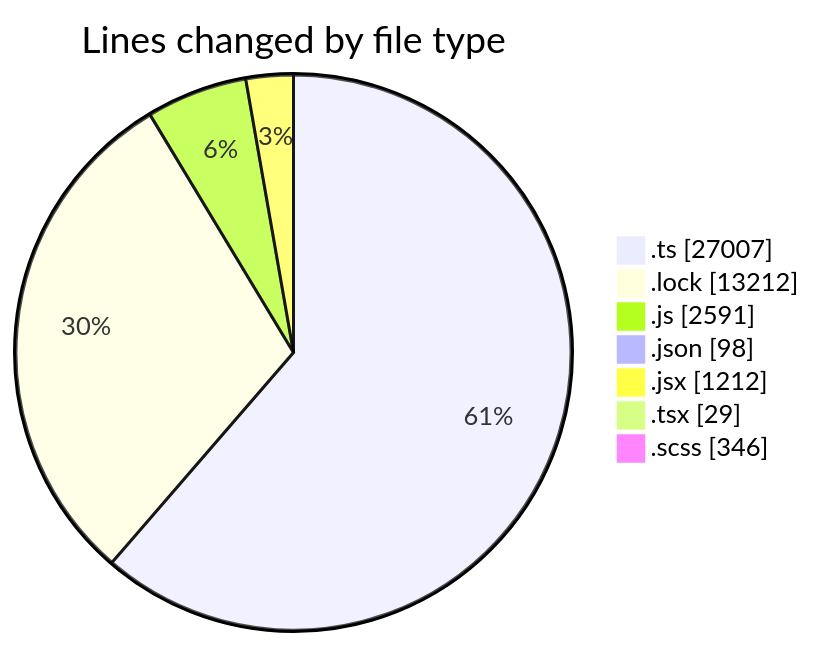
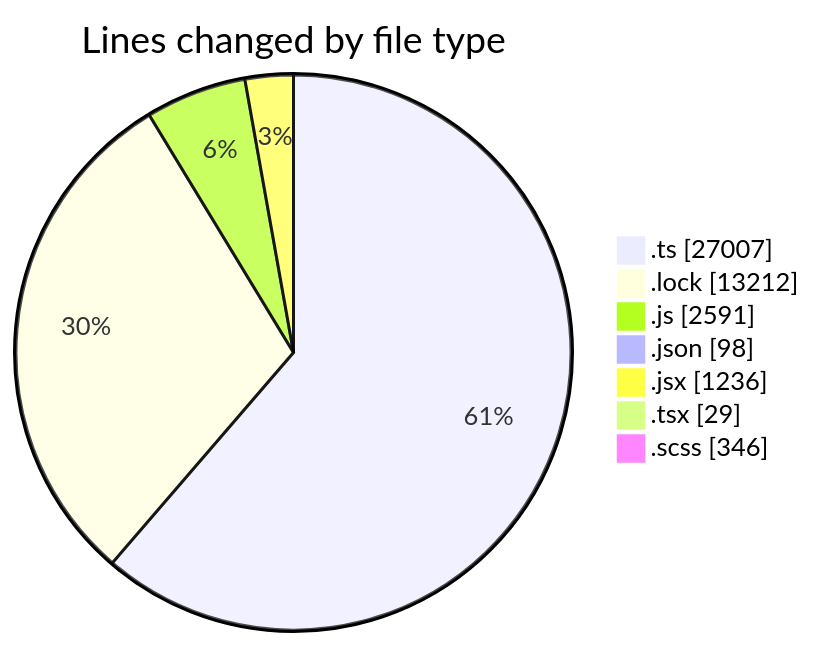
One commit to momahboobian/code-tracking changed the first of 2 diagrams in 2025-05-16/cda/README.md. Above: the diagram before and after it, drawn with Mermaid. The commit also changed other lines of this file and 1 other file, not shown here.

````diff
--- a/2025-05-16/cda/README.md
+++ b/2025-05-16/cda/README.md
@@ -47,11 +47,11 @@
 ```mermaid
 pie showData
 title Lines changed by file type
 ".ts" : 27007
 ".lock" : 13212
 ".js" : 2591
 ".json" : 98
-".jsx" : 1212
+".jsx" : 1236
 ".tsx" : 29
 ".scss" : 346
 ```
````
